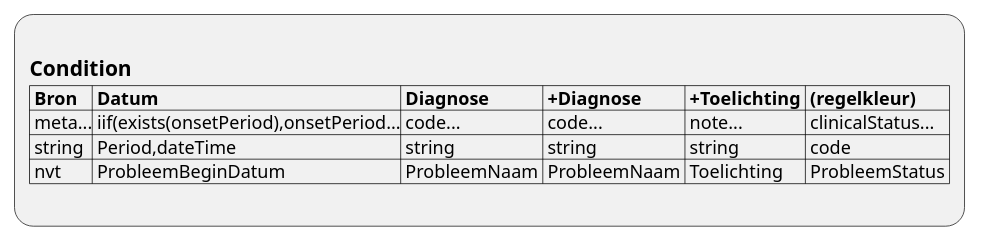
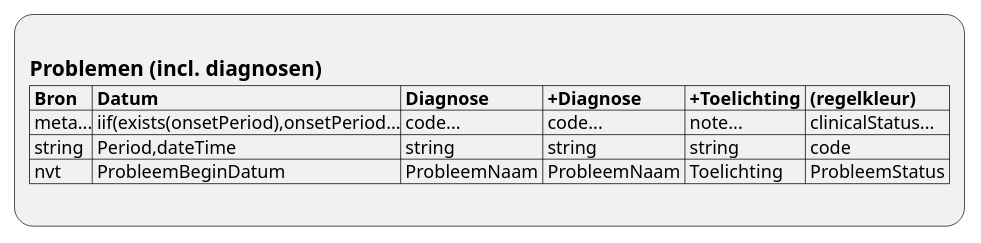
The diagram in input/images-source/ViewDefinition-Condition.plantuml (RIVO-Noord/zorgviewer-ig), drawn with PlantUML before and after one commit. The commit also changed 18 other files, not shown here.

```diff
--- a/input/images-source/ViewDefinition-Condition.plantuml
+++ b/input/images-source/ViewDefinition-Condition.plantuml
@@ -1,9 +1,9 @@
 @startuml ViewDefinition-Condition
 :
-== Condition
+== Problemen (incl. diagnosen)
 |= Bron |= Datum |= Diagnose |= +Diagnose |= +Toelichting |= (regelkleur) |
 | meta...| iif(exists(onsetPeriod),onsetPeriod...| code...| code...| note...| clinicalStatus...|
 | string | Period,dateTime | string | string | string | code |
 | nvt | ProbleemBeginDatum | ProbleemNaam | ProbleemNaam | Toelichting | ProbleemStatus |
 ;
 @enduml
```
